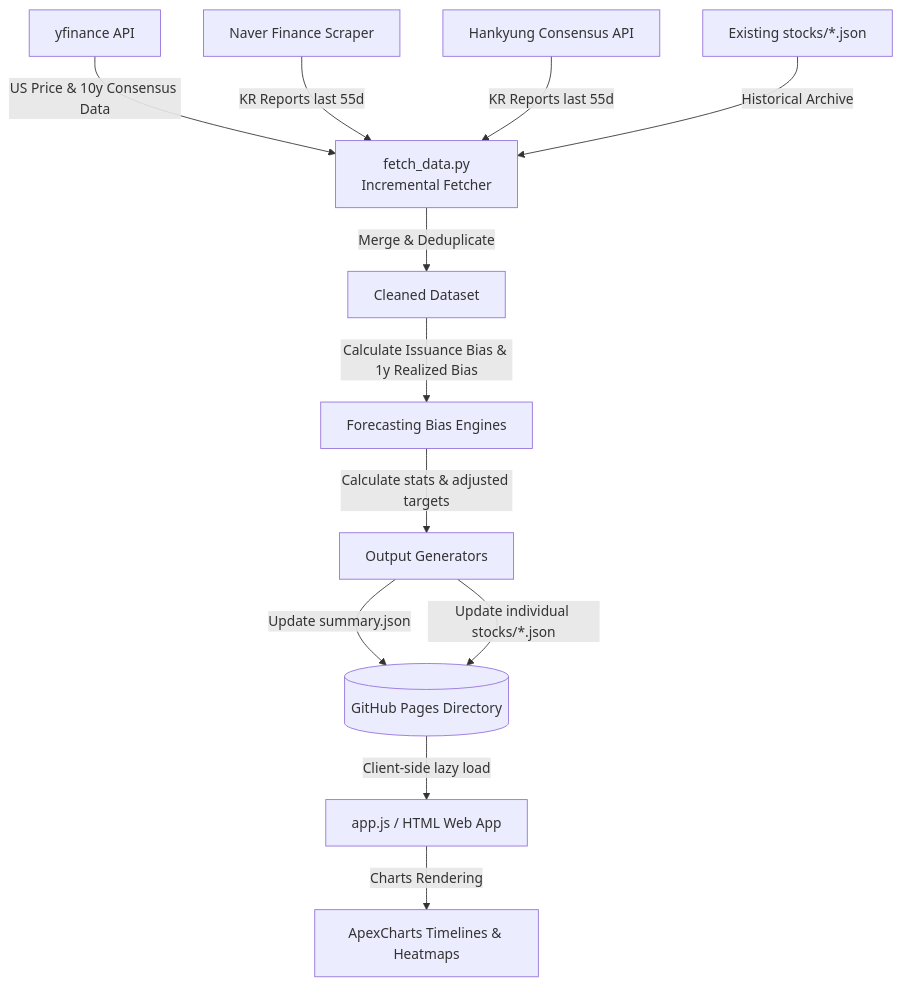
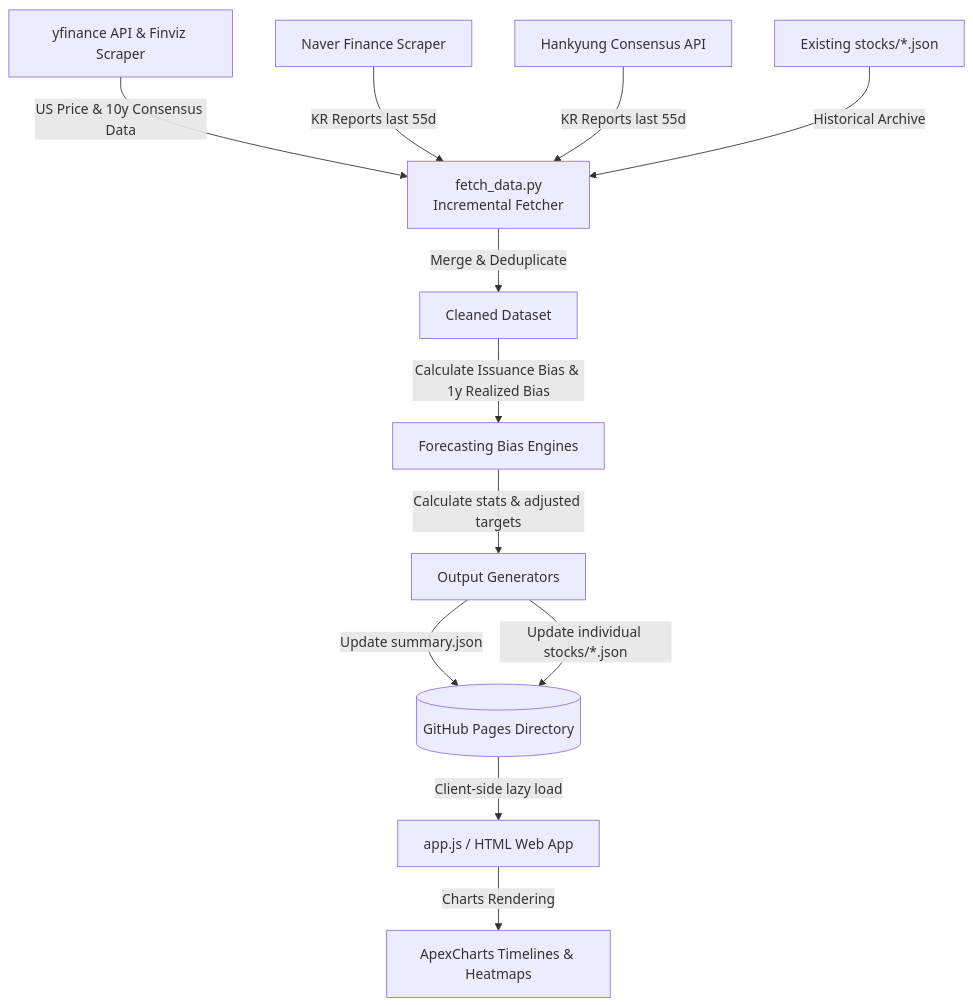
Before and after one commit to eljja/Consensus: the second of 2 diagrams in README.md, drawn with Mermaid. The commit also changed other lines of this file, not shown here.

````diff
--- a/README.md
+++ b/README.md
@@ -157,14 +166,14 @@
 ```mermaid
 graph TD
-    A[yfinance API] -->|US Price & 10y Consensus Data| D[fetch_data.py <br>Incremental Fetcher]
+    A[yfinance API & Finviz Scraper] -->|US Price & 10y Consensus Data| D[fetch_data.py <br>Incremental Fetcher]
     B[Naver Finance Scraper] -->|KR Reports last 55d| D
     C[Hankyung Consensus API] -->|KR Reports last 55d| D
     E[Existing stocks/*.json] -->|Historical Archive| D
     D -->|Merge & Deduplicate| F[Cleaned Dataset]
     F -->|Calculate Issuance Bias & 1y Realized Bias| G[Forecasting Bias Engines]
     G -->|Calculate stats & adjusted targets| H[Output Generators]
     H -->|Update summary.json| I[(GitHub Pages Directory)]
     H -->|Update individual stocks/*.json| I
     I -->|Client-side lazy load| J[app.js / HTML Web App]
     J -->|Charts Rendering| K[ApexCharts Timelines & Heatmaps]
 ```
````
